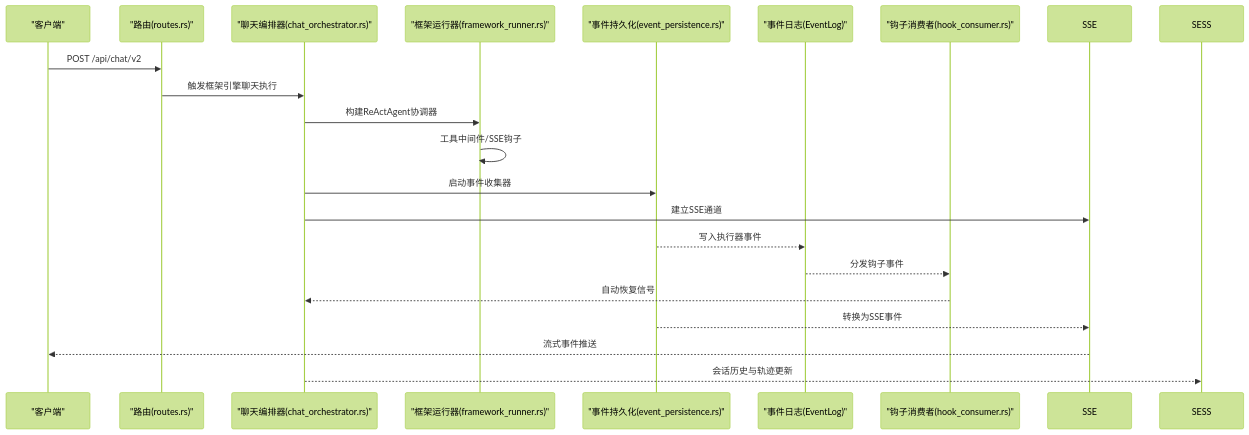
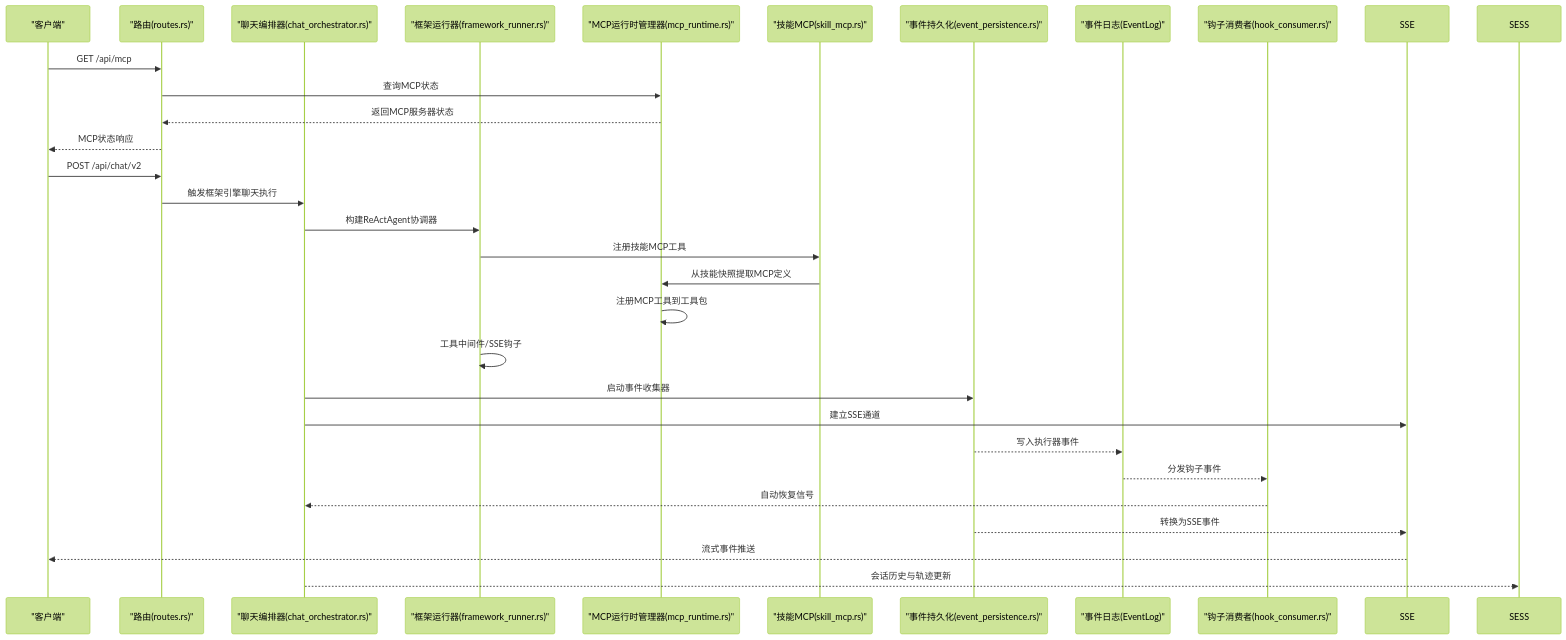
One commit to ixiejun/macaca changed the second of 5 diagrams in .qoder/repowiki/zh/content/Web服务层/Web服务层.md. Above: the diagram before and after it, drawn with Mermaid (forest theme). The commit also changed other lines of this file and 49 other files, not shown here.

````diff
--- a/.qoder/repowiki/zh/content/Web服务层/Web服务层.md
+++ b/.qoder/repowiki/zh/content/Web服务层/Web服务层.md
@@ -147,22 +160,31 @@
 ```mermaid
 sequenceDiagram
 participant C as "客户端"
 participant R as "路由(routes.rs)"
 participant CH as "聊天编排器(chat_orchestrator.rs)"
 participant FR as "框架运行器(framework_runner.rs)"
+participant MRM as "MCP运行时管理器(mcp_runtime.rs)"
+participant SM as "技能MCP(skill_mcp.rs)"
 participant EP as "事件持久化(event_persistence.rs)"
 participant EL as "事件日志(EventLog)"
 participant HC as "钩子消费者(hook_consumer.rs)"
+C->>R : GET /api/mcp
+R->>MRM : 查询MCP状态
+MRM-->>R : 返回MCP服务器状态
+R-->>C : MCP状态响应
 C->>R : POST /api/chat/v2
 R->>CH : 触发框架引擎聊天执行
 CH->>FR : 构建ReActAgent协调器
+FR->>SM : 注册技能MCP工具
+SM->>MRM : 从技能快照提取MCP定义
+MRM->>MRM : 注册MCP工具到工具包
 FR->>FR : 工具中间件/SSE钩子
 CH->>EP : 启动事件收集器
 CH->>SSE : 建立SSE通道
 EP-->>EL : 写入执行器事件
 EL-->>HC : 分发钩子事件
 HC-->>CH : 自动恢复信号
 EP-->>SSE : 转换为SSE事件
 SSE-->>C : 流式事件推送
 CH-->>SESS : 会话历史与轨迹更新
 ```
````
